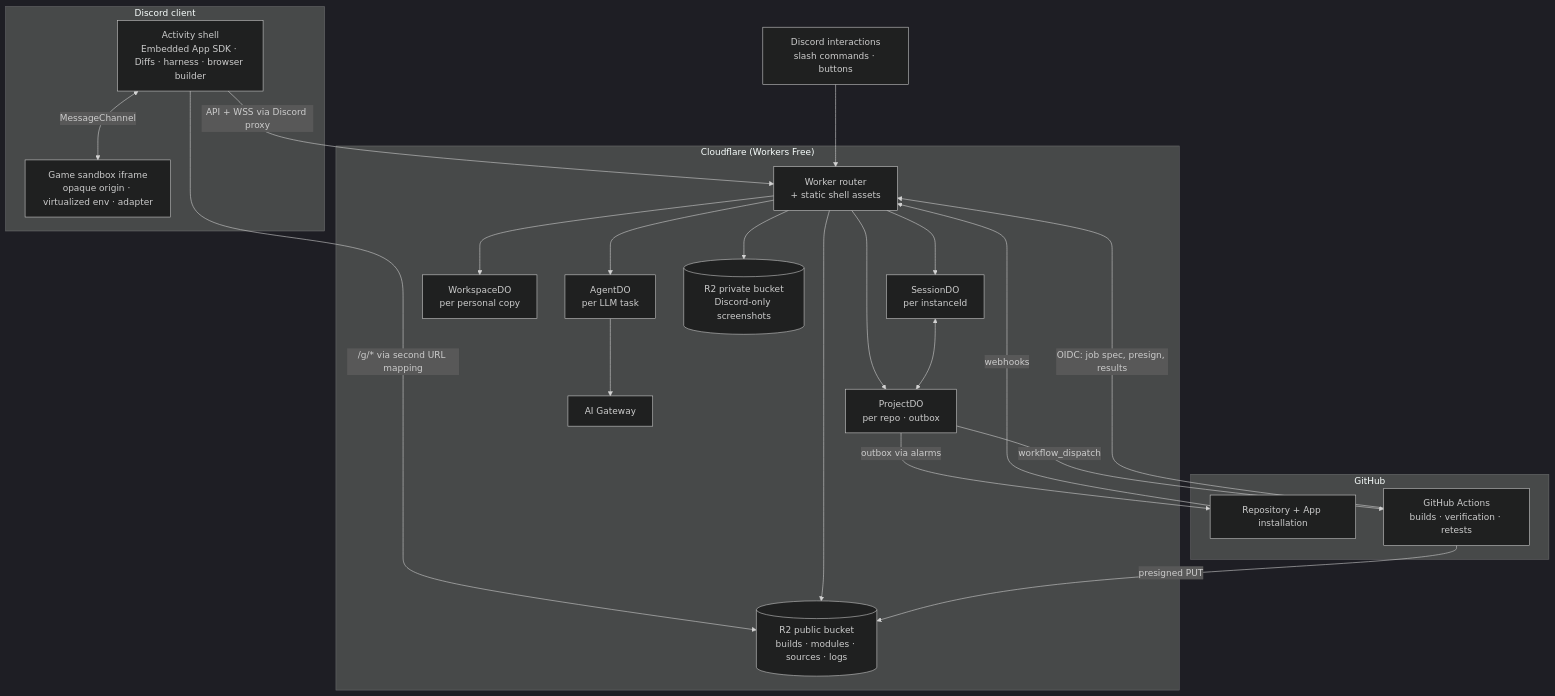
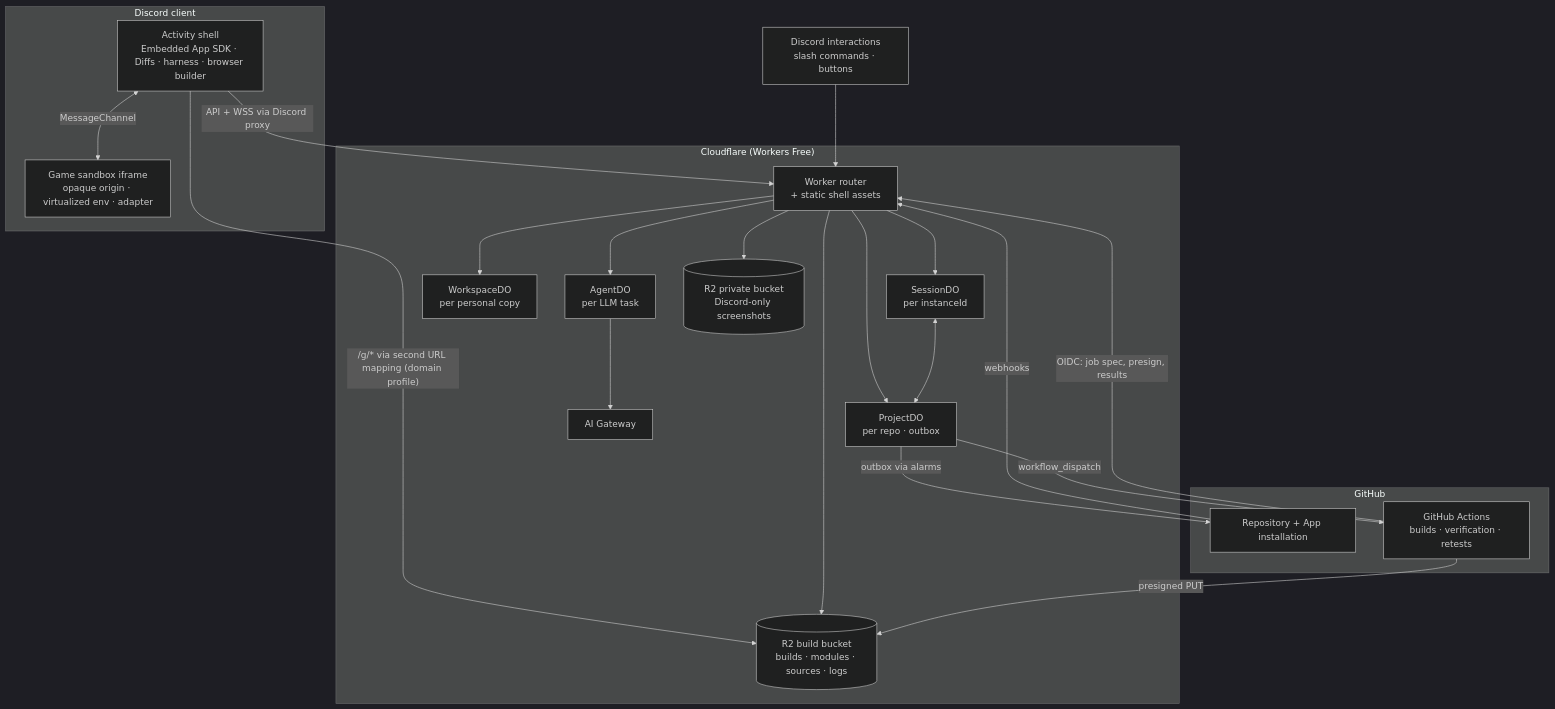
Before and after one commit to ocramz/discord-playtest: the first of 5 diagrams in docs/design/playtest-design.md, drawn with Mermaid (dark theme). The commit also changed other lines of this file and 4 other files, not shown here.

````diff
--- a/docs/design/playtest-design.md
+++ b/docs/design/playtest-design.md
@@ -186,39 +169,39 @@
 ```mermaid
 flowchart TB
   subgraph Discord["Discord client"]
     Shell["Activity shell<br/>Embedded App SDK · Diffs · harness · browser builder"]
     Sandbox["Game sandbox iframe<br/>opaque origin · virtualized env · adapter"]
     Shell <-->|MessageChannel| Sandbox
   end
   Interactions["Discord interactions<br/>slash commands · buttons"]
   subgraph CF["Cloudflare (Workers Free)"]
     W["Worker router<br/>+ static shell assets"]
     S["SessionDO<br/>per instanceId"]
     P["ProjectDO<br/>per repo · outbox"]
     WS["WorkspaceDO<br/>per personal copy"]
     A["AgentDO<br/>per LLM task"]
-    R2P[("R2 public bucket<br/>builds · modules · sources · logs")]
+    R2P[("R2 build bucket<br/>builds · modules · sources · logs")]
     R2S[("R2 private bucket<br/>Discord-only screenshots")]
     AIG["AI Gateway"]
   end
   subgraph GHX["GitHub"]
     GH["Repository + App installation"]
     CI["GitHub Actions<br/>builds · verification · retests"]
   end
   Shell -->|"API + WSS via Discord proxy"| W
-  Shell -->|"/g/* via second URL mapping"| R2P
+  Shell -->|"/g/* via second URL mapping (domain profile)"| R2P
   Interactions --> W
   W --> S
   W --> P
   W --> WS
   W --> A
   S <--> P
   W --> R2P
   W --> R2S
   A --> AIG
   P -->|"outbox via alarms"| GH
   P -->|workflow_dispatch| CI
   GH -->|webhooks| W
   CI -->|"OIDC: job spec, presign, results"| W
   CI -->|presigned PUT| R2P
 ```
````
